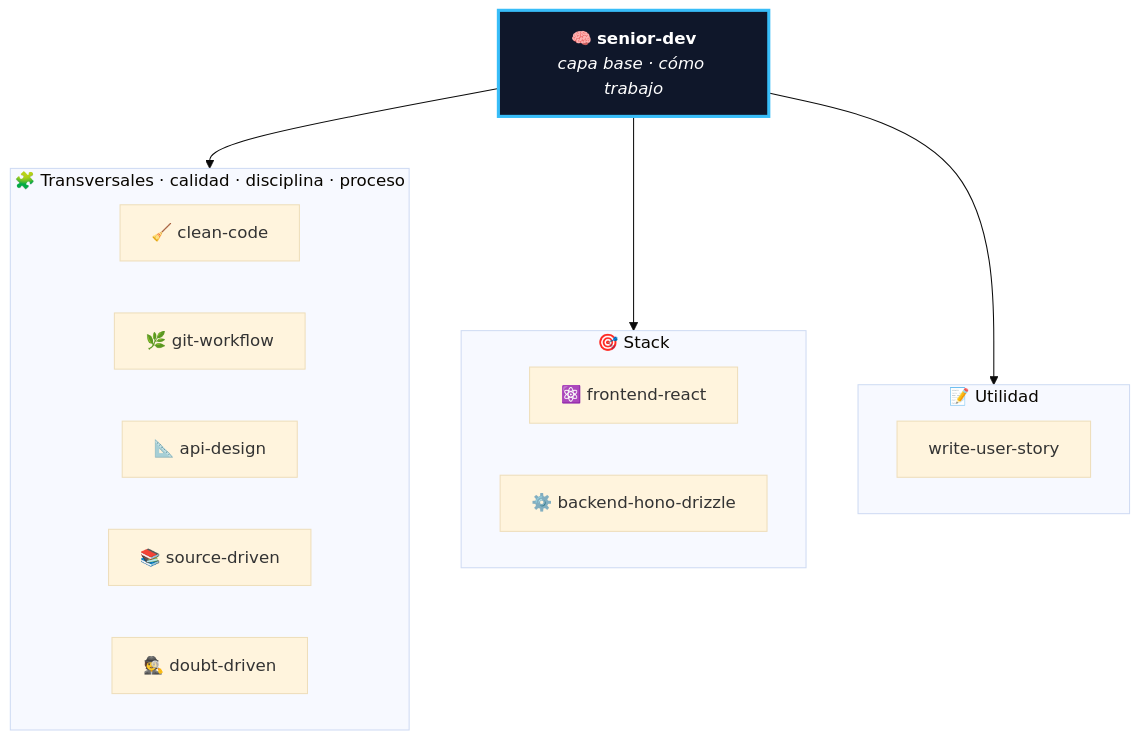
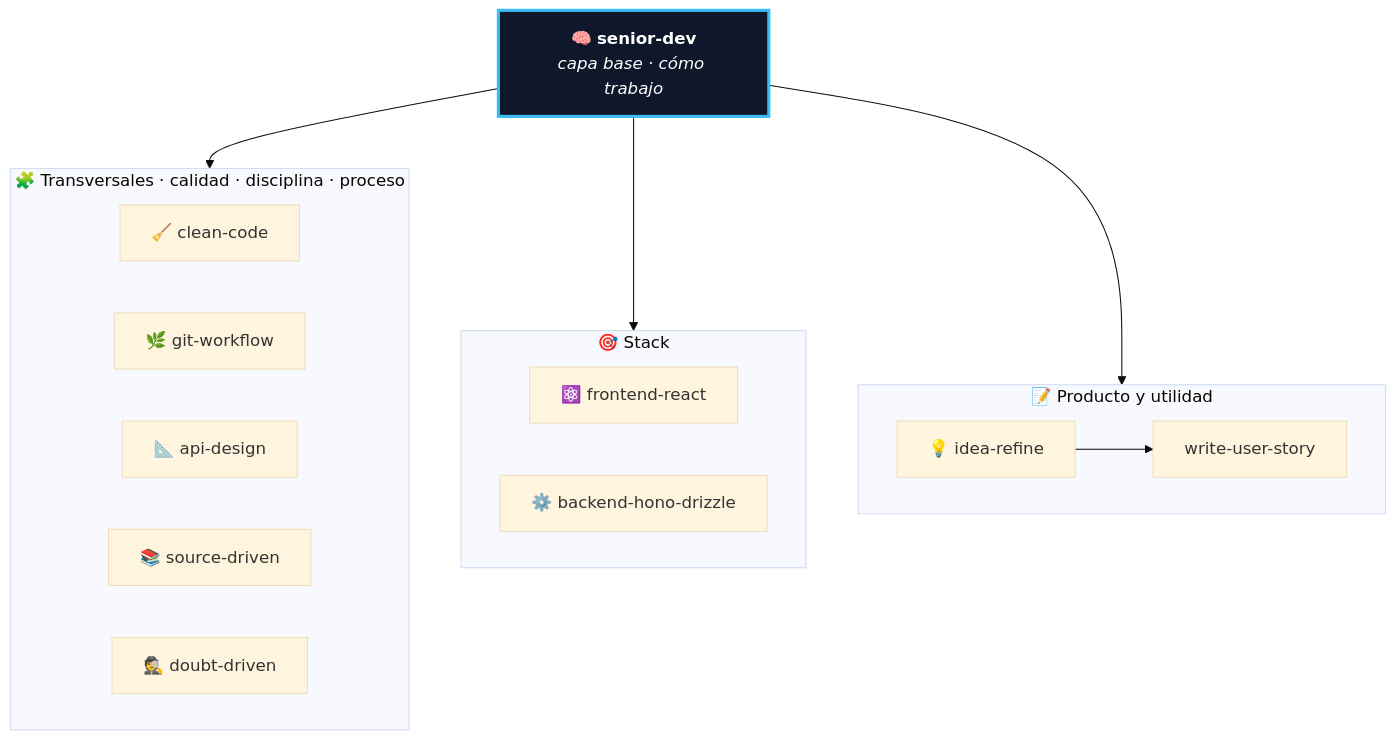
One commit to ErickEcheverria/eecheverria-skills changed the diagram in README.md. Above: the diagram before and after it, drawn with Mermaid (base theme). The commit also changed other lines of this file and 2 other files, not shown here.

Commit message:
feat: agrega eecheverria-idea-refine (afinar ideas antes de HU/código)
- Adaptada de idea-refine: ajusta su profundidad a la madurez de la idea
  (los desarrollos del usuario suelen venir ya específicos).
- Sin el script .sh ni archivos hermanos del paquete original; frameworks/
  criterios inlineados. One-pager como texto por defecto (archivo si se pide).
- Entrega a eecheverria-write-user-story / skills de stack al terminar.
- Enlazada desde senior-dev (tabla de delegación) y README (grupo Producto).

````diff
--- a/README.md
+++ b/README.md
@@ -21,27 +21,29 @@
 ```mermaid
 flowchart TD
     SD["🧠 <b>senior-dev</b><br/><i>capa base · cómo trabajo</i>"]:::base
 
     subgraph T["🧩 Transversales · calidad · disciplina · proceso"]
         CC["🧹 clean-code"]
         GW["🌿 git-workflow"]
         AD["📐 api-design"]
         SR["📚 source-driven"]
         DD["🕵️ doubt-driven"]
     end
 
     subgraph S["🎯 Stack"]
         RE["⚛️ frontend-react"]
         HN["⚙️ backend-hono-drizzle"]
     end
 
-    subgraph U["📝 Utilidad"]
+    subgraph U["📝 Producto y utilidad"]
+        IR["💡 idea-refine"]
         US["write-user-story"]
+        IR --> US
     end
 
     SD --> T
     SD --> S
     SD --> U
 
     classDef base fill:#0f172a,stroke:#38bdf8,stroke-width:3px,color:#fff;
 ```
````
